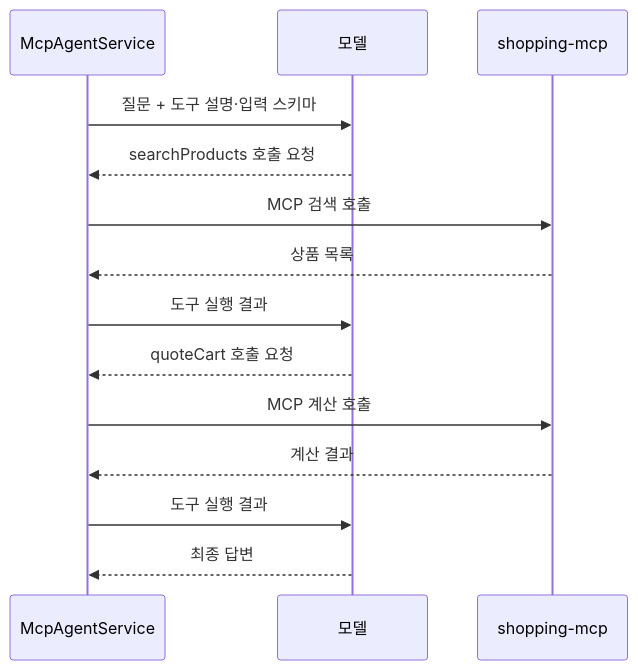
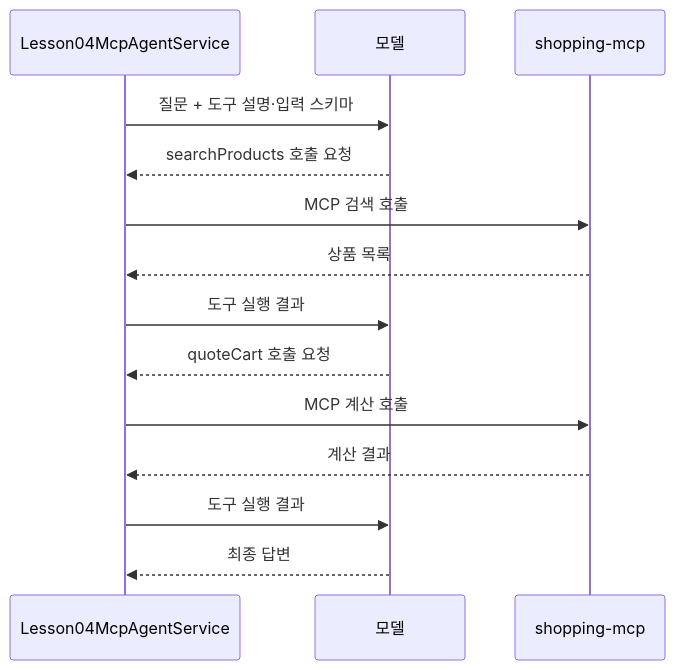
One commit to Justin-ad-Park/SpringShoppingAI changed the diagram in Spring-AI-Agent-Learning/docs/lessons/11-mcp-workflow-agent/04-agent.md. Above: the diagram before and after it, drawn with Mermaid. The commit also changed other lines of this file and 248 other files, not shown here.

````diff
--- a/Spring-AI-Agent-Learning/docs/lessons/11-mcp-workflow-agent/04-agent.md
+++ b/Spring-AI-Agent-Learning/docs/lessons/11-mcp-workflow-agent/04-agent.md
@@ -7,16 +7,16 @@
 ```mermaid
 sequenceDiagram
-    participant A as McpAgentService
+    participant A as Lesson04McpAgentService
     participant L as 모델
     participant M as shopping-mcp
     A->>L: 질문 + 도구 설명·입력 스키마
     L-->>A: searchProducts 호출 요청
     A->>M: MCP 검색 호출
     M-->>A: 상품 목록
     A->>L: 도구 실행 결과
     L-->>A: quoteCart 호출 요청
     A->>M: MCP 계산 호출
     M-->>A: 계산 결과
     A->>L: 도구 실행 결과
     L-->>A: 최종 답변
 ```
````
